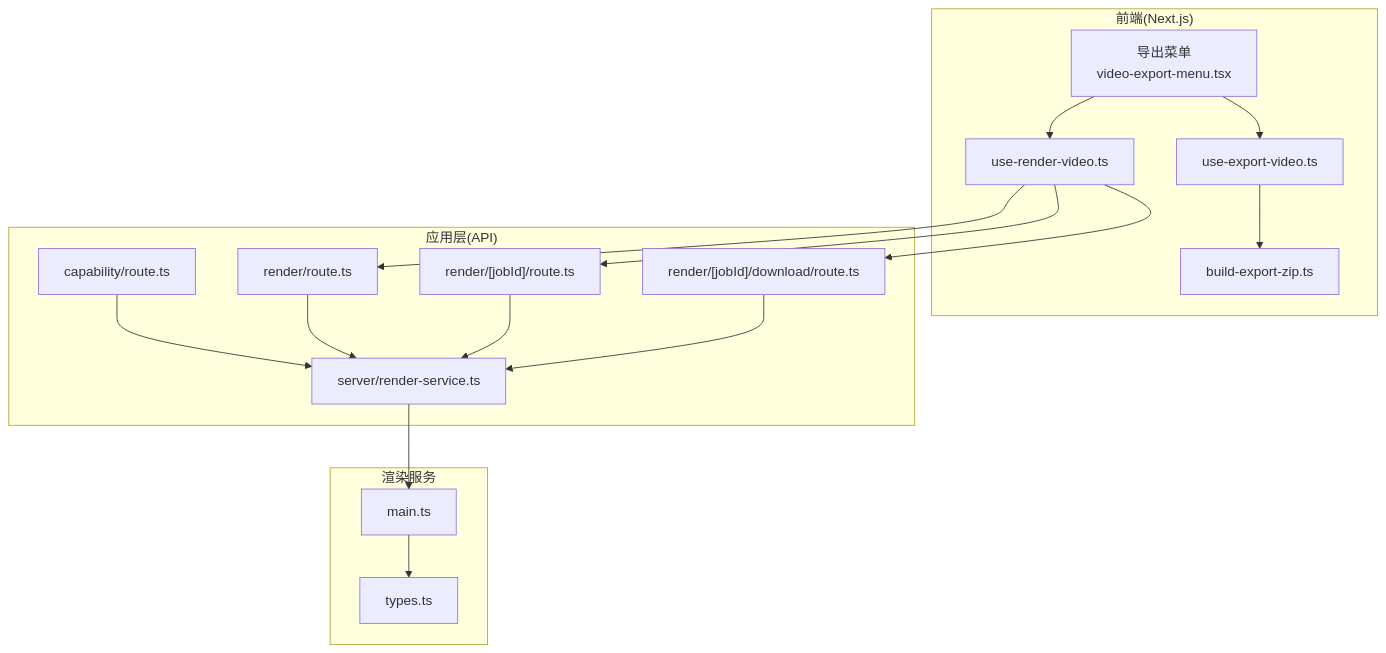
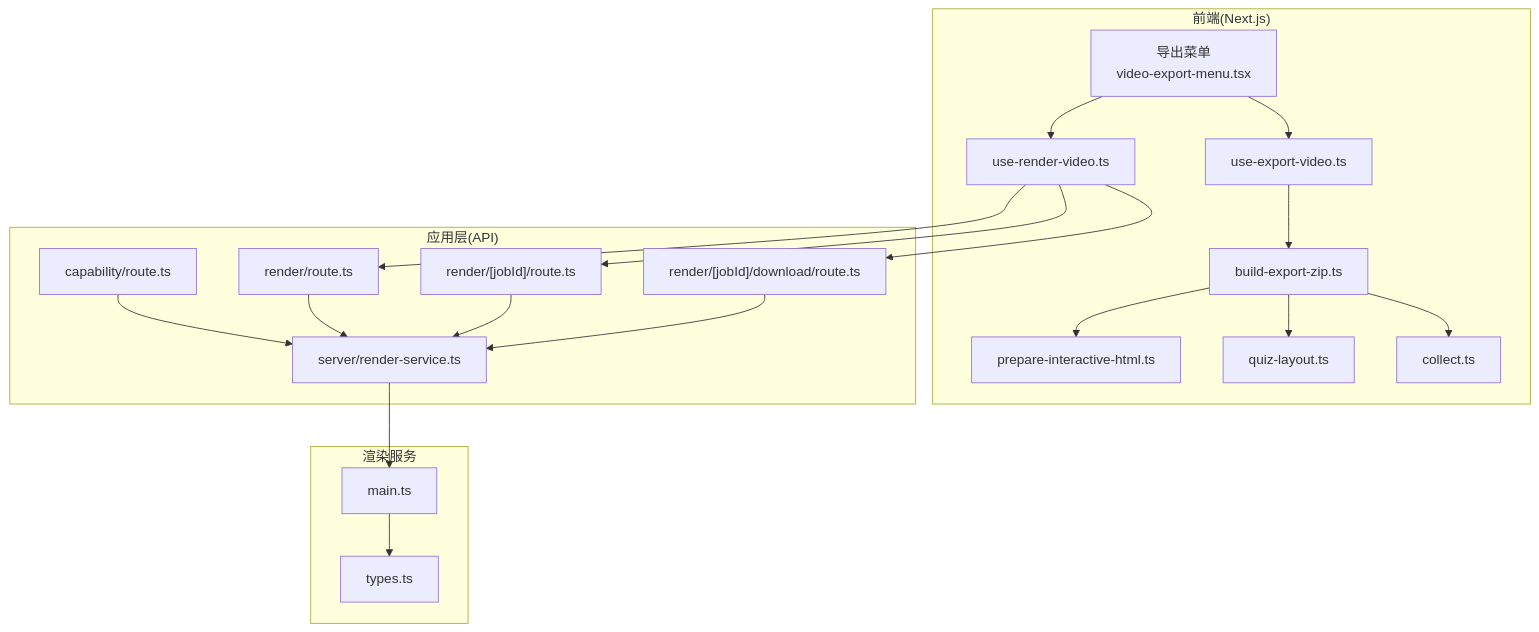
One commit to huangboheng/OpenMAIC changed the third of 4 diagrams in .qoder/repowiki/zh/content/核心功能/导出系统/视频导出/视频导出.md. Above: the diagram before and after it, drawn with Mermaid. The commit also changed other lines of this file and 23 other files, not shown here.

````diff
--- a/.qoder/repowiki/zh/content/核心功能/导出系统/视频导出/视频导出.md
+++ b/.qoder/repowiki/zh/content/核心功能/导出系统/视频导出/视频导出.md
@@ -186,32 +206,38 @@
 ```mermaid
 graph TB
 subgraph "前端(Next.js)"
 UI["导出菜单<br/>video-export-menu.tsx"]
 HOOK_EXPORT["use-export-video.ts"]
 HOOK_RENDER["use-render-video.ts"]
 BUILD_ZIP["build-export-zip.ts"]
+INTERACTIVE["prepare-interactive-html.ts"]
+QUIZ_LAYOUT["quiz-layout.ts"]
+COLLECT["collect.ts"]
 end
 subgraph "应用层(API)"
 API_CAP["capability/route.ts"]
 API_SUBMIT["render/route.ts"]
 API_POLL["render/[jobId]/route.ts"]
 API_DL["render/[jobId]/download/route.ts"]
 SVC_UTIL["server/render-service.ts"]
 end
 subgraph "渲染服务"
 RS_MAIN["main.ts"]
 RS_TYPES["types.ts"]
 end
 UI --> HOOK_EXPORT
 UI --> HOOK_RENDER
 HOOK_EXPORT --> BUILD_ZIP
 HOOK_RENDER --> API_SUBMIT
 HOOK_RENDER --> API_POLL
 HOOK_RENDER --> API_DL
+BUILD_ZIP --> INTERACTIVE
+BUILD_ZIP --> QUIZ_LAYOUT
+BUILD_ZIP --> COLLECT
 API_CAP --> SVC_UTIL
 API_SUBMIT --> SVC_UTIL
 API_POLL --> SVC_UTIL
 API_DL --> SVC_UTIL
 SVC_UTIL --> RS_MAIN
 RS_MAIN --> RS_TYPES
 ```
````
